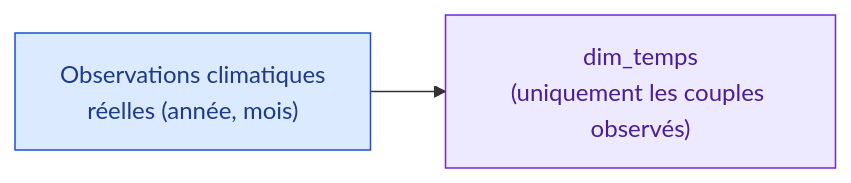
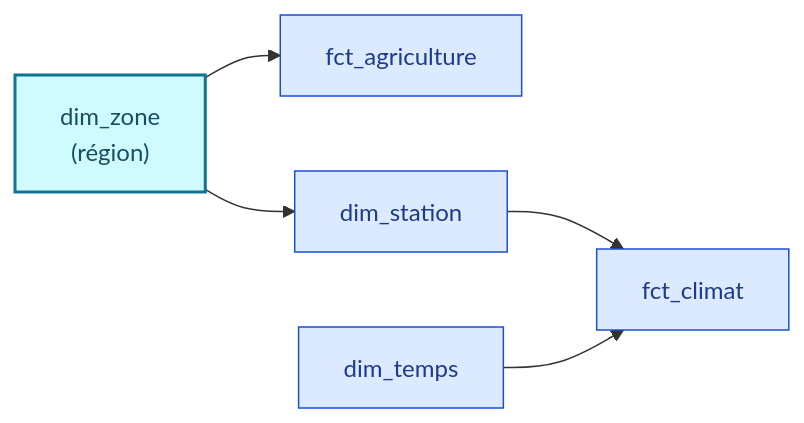
The fifth of 9 diagrams in dbt_project/README_dbt_staging.md (abdoudjigo/assaman-suuf), drawn with Mermaid before and after one commit. The commit also changed other lines of this file, not shown here.

````diff
--- a/dbt_project/README_dbt_staging.md
+++ b/dbt_project/README_dbt_staging.md
@@ -276,9 +184,12 @@
 ```mermaid
 flowchart LR
-    OBS["Observations climatiques<br/>réelles (année, mois)"] --> DT["dim_temps<br/>(uniquement les couples observés)"]
+    DZ["dim_zone<br/>(région)"] --> FA["fct_agriculture"]
+    DZ --> DST["dim_station"]
+    DST --> FC["fct_climat"]
+    DT["dim_temps"] --> FC
 
-    classDef obs fill:#DBEAFE,stroke:#1D4ED8,color:#1E3A8A
-    classDef dim fill:#EDE9FE,stroke:#6D28D9,color:#4C1D95
-    class OBS obs
-    class DT dim
+    classDef zone fill:#CFFAFE,stroke:#0E7490,color:#164E63,stroke-width:2px
+    classDef autre fill:#DBEAFE,stroke:#1D4ED8,color:#1E3A8A
+    class DZ zone
+    class FA,DST,FC,DT autre
 ```
````
